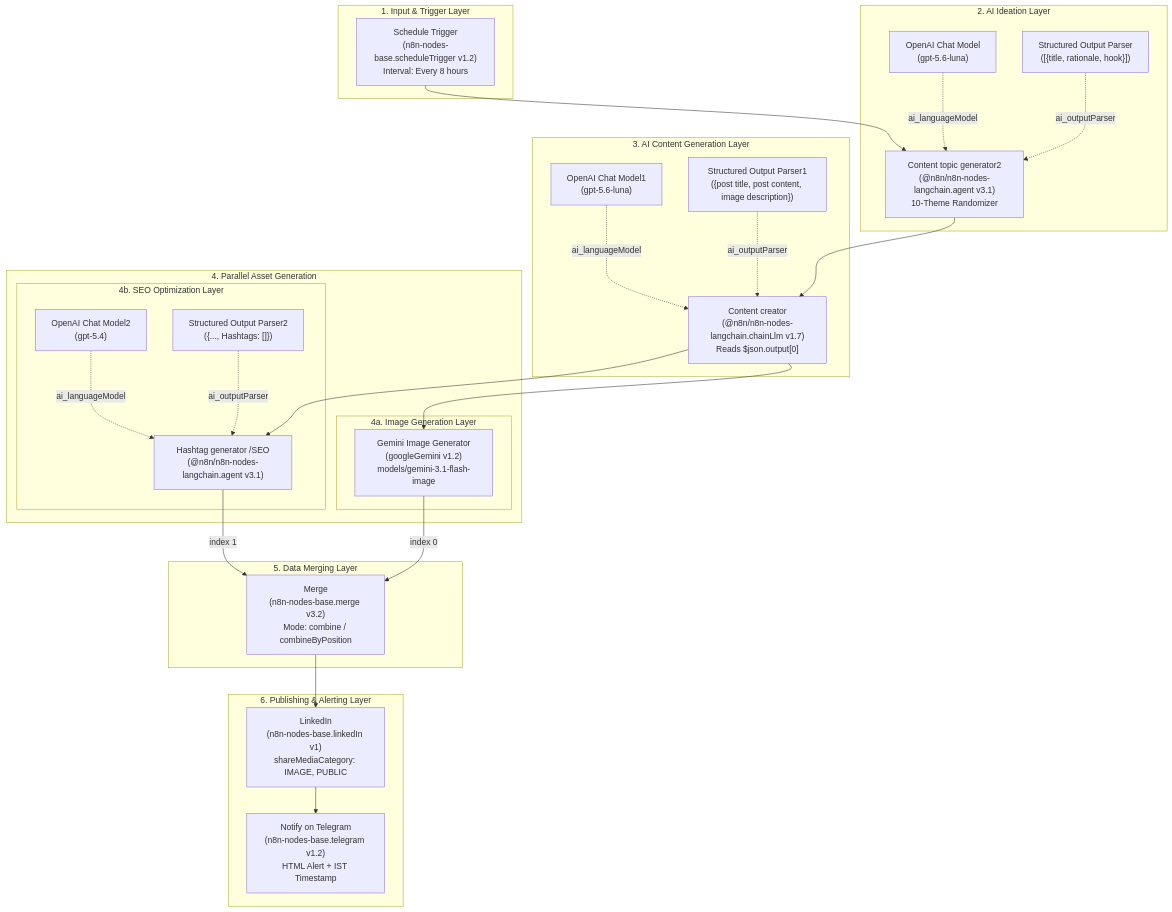
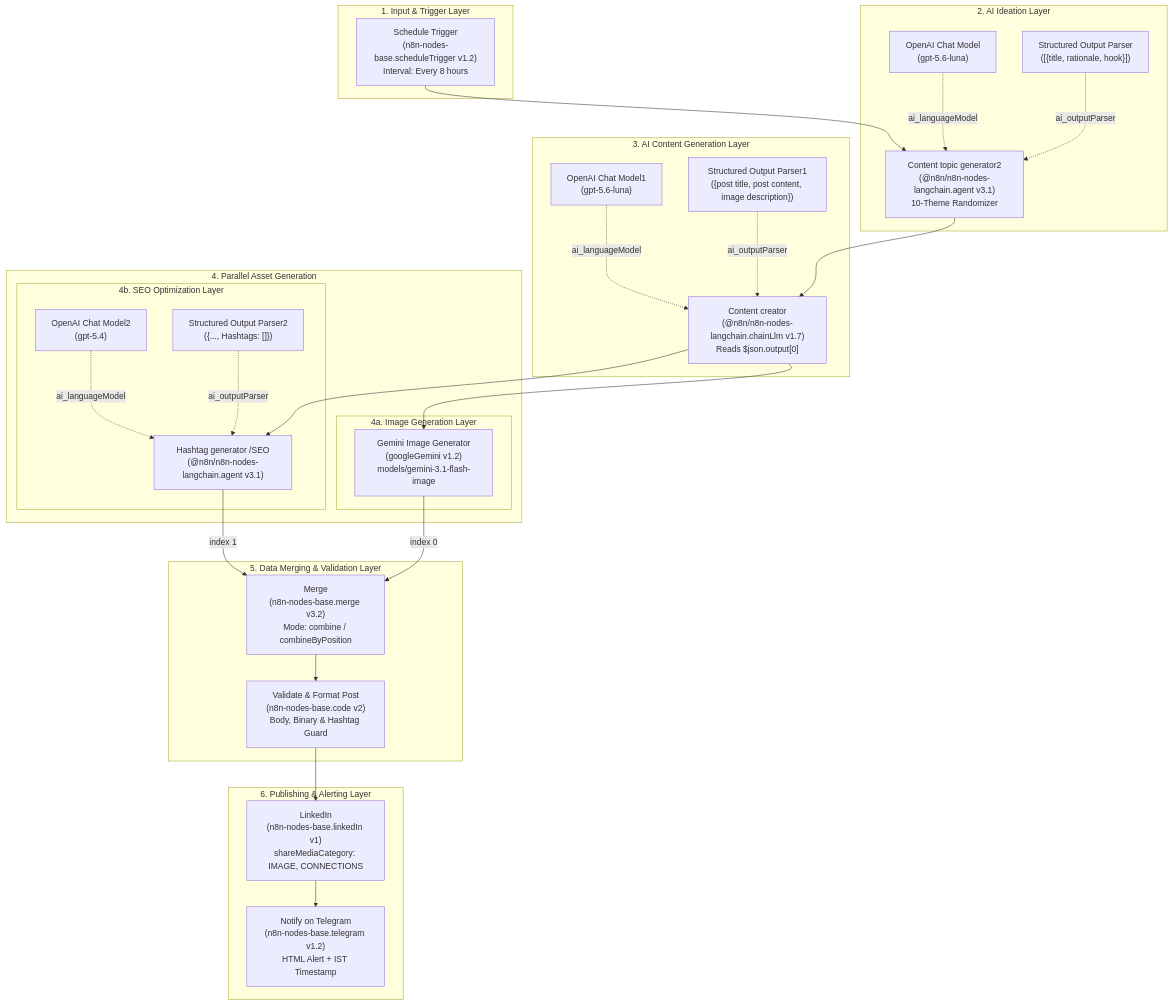
The diagram in docs/system-architecture.md (nijjukrr/AI-Powered-LinkedIn-Content-Automation), drawn with Mermaid before and after one commit. The commit also changed 4 other files, not shown here.

Commit message:
docs: update README, architecture, node docs, and interview guide

````diff
--- a/docs/system-architecture.md
+++ b/docs/system-architecture.md
@@ -9,47 +9,49 @@
 ```mermaid
 flowchart TB
     subgraph Input["1. Input & Trigger Layer"]
         ST["Schedule Trigger<br/>(n8n-nodes-base.scheduleTrigger v1.2)<br/>Interval: Every 8 hours"]
     end
 
     subgraph Ideation["2. AI Ideation Layer"]
         CTG["Content topic generator2<br/>(@n8n/n8n-nodes-langchain.agent v3.1)<br/>10-Theme Randomizer"]
         OAI0["OpenAI Chat Model<br/>(gpt-5.6-luna)"] -.->|"ai_languageModel"| CTG
         SOP0["Structured Output Parser<br/>([{title, rationale, hook}])"] -.->|"ai_outputParser"| CTG
     end
 
     subgraph Copywriting["3. AI Content Generation Layer"]
         CC["Content creator<br/>(@n8n/n8n-nodes-langchain.chainLlm v1.7)<br/>Reads $json.output[0]"]
         OAI1["OpenAI Chat Model1<br/>(gpt-5.6-luna)"] -.->|"ai_languageModel"| CC
         SOP1["Structured Output Parser1<br/>({post title, post content, image description})"] -.->|"ai_outputParser"| CC
     end
 
     subgraph ParallelAssets["4. Parallel Asset Generation"]
         subgraph ImageLayer["4a. Image Generation Layer"]
             GIG["Gemini Image Generator<br/>(googleGemini v1.2)<br/>models/gemini-3.1-flash-image"]
         end
         subgraph SEOLayer["4b. SEO Optimization Layer"]
             HG["Hashtag generator /SEO<br/>(@n8n/n8n-nodes-langchain.agent v3.1)"]
             OAI2["OpenAI Chat Model2<br/>(gpt-5.4)"] -.->|"ai_languageModel"| HG
             SOP2["Structured Output Parser2<br/>({..., Hashtags: []})"] -.->|"ai_outputParser"| HG
         end
     end
 
-    subgraph Merging["5. Data Merging Layer"]
+    subgraph Merging["5. Data Merging & Validation Layer"]
         MRG["Merge<br/>(n8n-nodes-base.merge v3.2)<br/>Mode: combine / combineByPosition"]
+        VAL["Validate &amp; Format Post<br/>(n8n-nodes-base.code v2)<br/>Body, Binary &amp; Hashtag Guard"]
     end
 
     subgraph Publishing["6. Publishing & Alerting Layer"]
-        LI["LinkedIn<br/>(n8n-nodes-base.linkedIn v1)<br/>shareMediaCategory: IMAGE, PUBLIC"]
+        LI["LinkedIn<br/>(n8n-nodes-base.linkedIn v1)<br/>shareMediaCategory: IMAGE, CONNECTIONS"]
         TG["Notify on Telegram<br/>(n8n-nodes-base.telegram v1.2)<br/>HTML Alert + IST Timestamp"]
     end
 
     ST --> CTG
     CTG --> CC
     CC --> GIG
     CC --> HG
     GIG -->|"index 0"| MRG
     HG -->|"index 1"| MRG
-    MRG --> LI
+    MRG --> VAL
+    VAL --> LI
     LI --> TG
 ```
````
